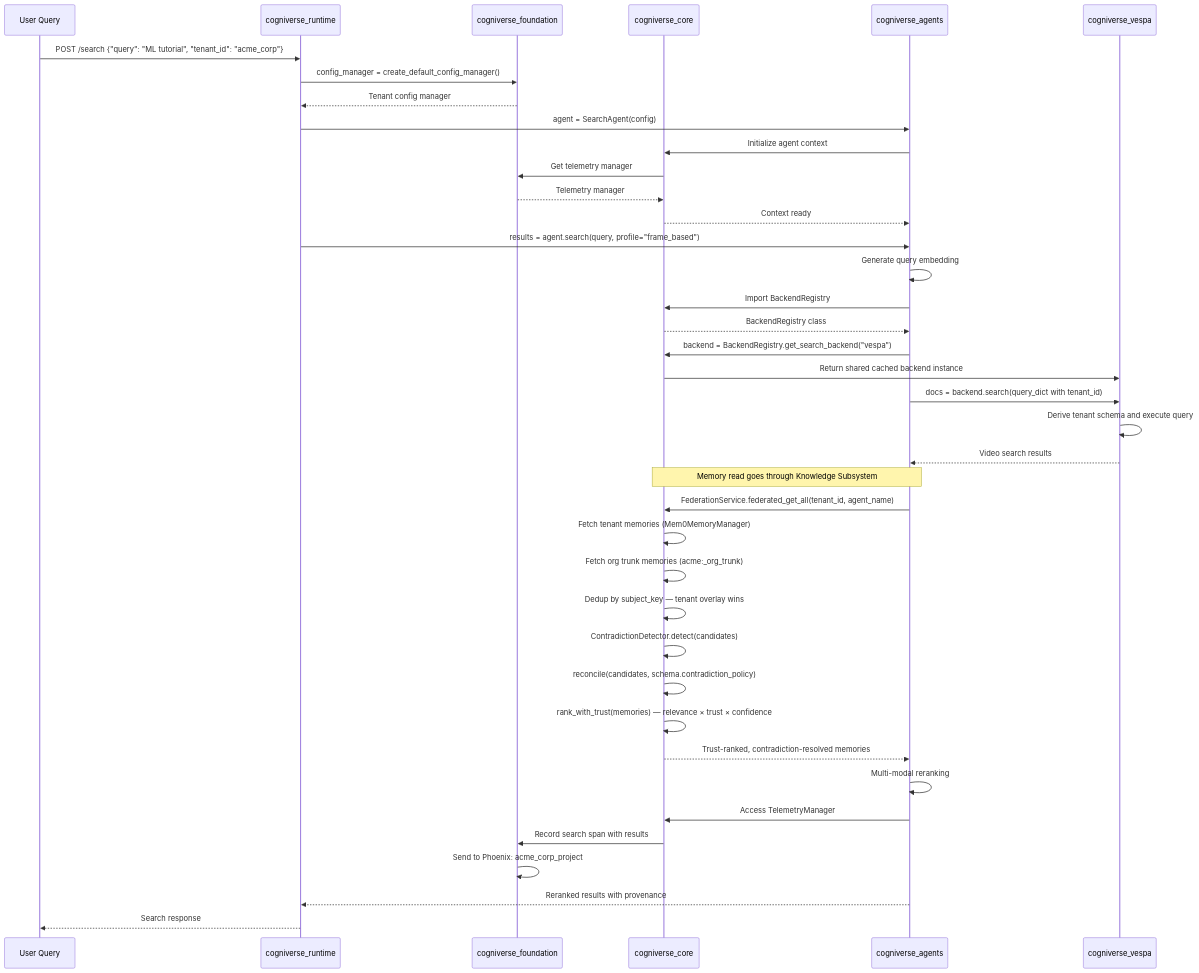
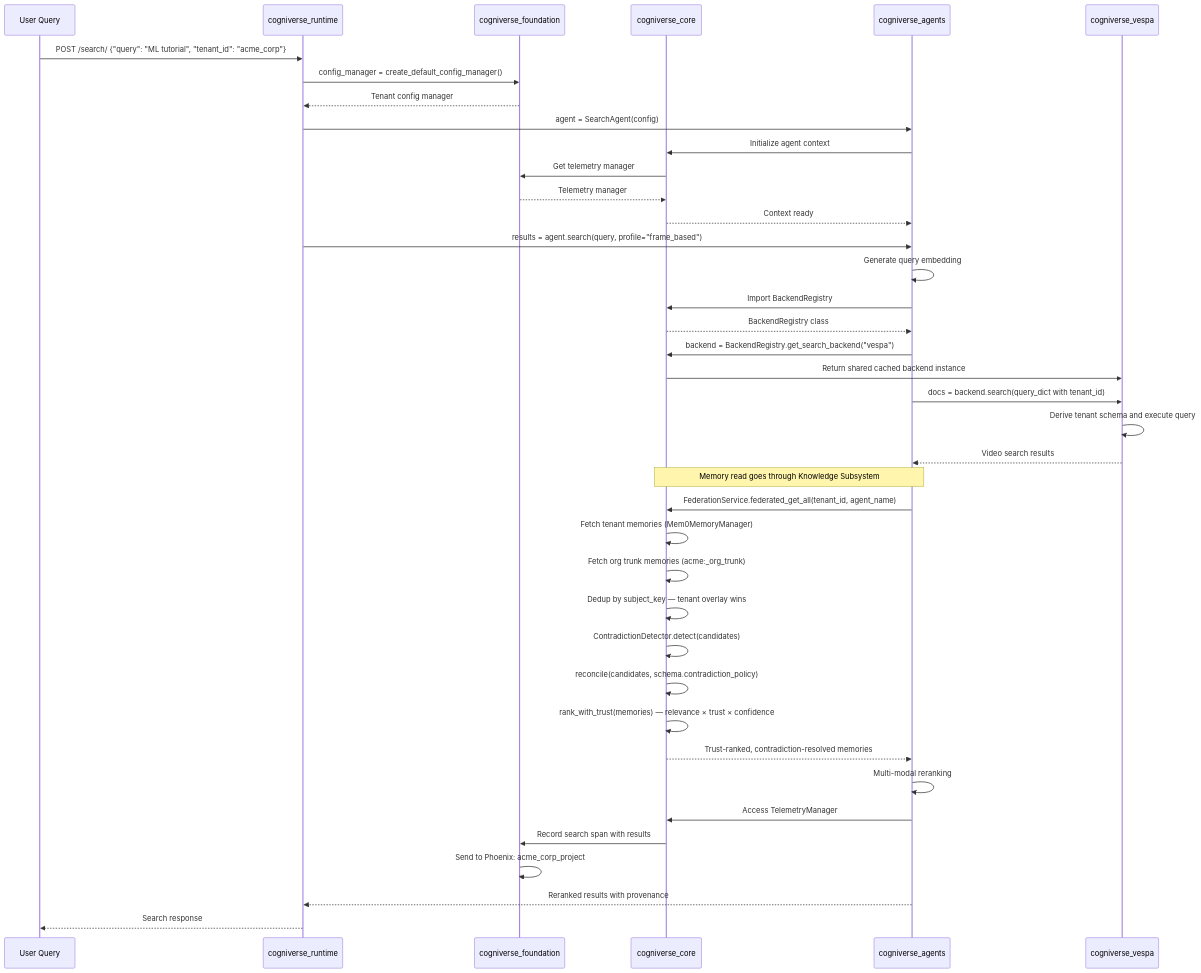
Before and after one commit to amit-jain/cogniverse: the tenth of 20 diagrams in docs/diagrams/sdk-architecture-diagrams.md, drawn with Mermaid. The commit also changed other lines of this file and 19 other files, not shown here.

````diff
--- a/docs/diagrams/sdk-architecture-diagrams.md
+++ b/docs/diagrams/sdk-architecture-diagrams.md
@@ -581,52 +607,52 @@
 ```mermaid
 sequenceDiagram
     participant User as User Query
     participant Runtime as cogniverse_runtime
     participant Foundation as cogniverse_foundation
     participant Core as cogniverse_core
     participant Agents as cogniverse_agents
     participant Vespa as cogniverse_vespa
 
-    User->>Runtime: POST /search {"query": "ML tutorial", "tenant_id": "acme_corp"}
+    User->>Runtime: POST /search/ {"query": "ML tutorial", "tenant_id": "acme_corp"}
 
     Runtime->>Foundation: config_manager = create_default_config_manager()
     Foundation-->>Runtime: Tenant config manager
 
     Runtime->>Agents: agent = SearchAgent(config)
     Agents->>Core: Initialize agent context
     Core->>Foundation: Get telemetry manager
     Foundation-->>Core: Telemetry manager
     Core-->>Agents: Context ready
 
     Runtime->>Agents: results = agent.search(query, profile="frame_based")
 
     Agents->>Agents: Generate query embedding
 
     Agents->>Core: Import BackendRegistry
     Core-->>Agents: BackendRegistry class
 
     Agents->>Core: backend = BackendRegistry.get_search_backend("vespa")
     Core->>Vespa: Return shared cached backend instance
 
     Agents->>Vespa: docs = backend.search(query_dict with tenant_id)
     Vespa->>Vespa: Derive tenant schema and execute query
     Vespa-->>Agents: Video search results
 
     Note over Agents,Core: Memory read goes through Knowledge Subsystem
     Agents->>Core: FederationService.federated_get_all(tenant_id, agent_name)
     Core->>Core: Fetch tenant memories (Mem0MemoryManager)
     Core->>Core: Fetch org trunk memories (acme:_org_trunk)
     Core->>Core: Dedup by subject_key — tenant overlay wins
     Core->>Core: ContradictionDetector.detect(candidates)
     Core->>Core: reconcile(candidates, schema.contradiction_policy)
     Core->>Core: rank_with_trust(memories) — relevance × trust × confidence
     Core-->>Agents: Trust-ranked, contradiction-resolved memories
 
     Agents->>Agents: Multi-modal reranking
     Agents->>Core: Access TelemetryManager
     Core->>Foundation: Record search span with results
     Foundation->>Foundation: Send to Phoenix: acme_corp_project
 
     Agents-->>Runtime: Reranked results with provenance
     Runtime-->>User: Search response
 ```
````
